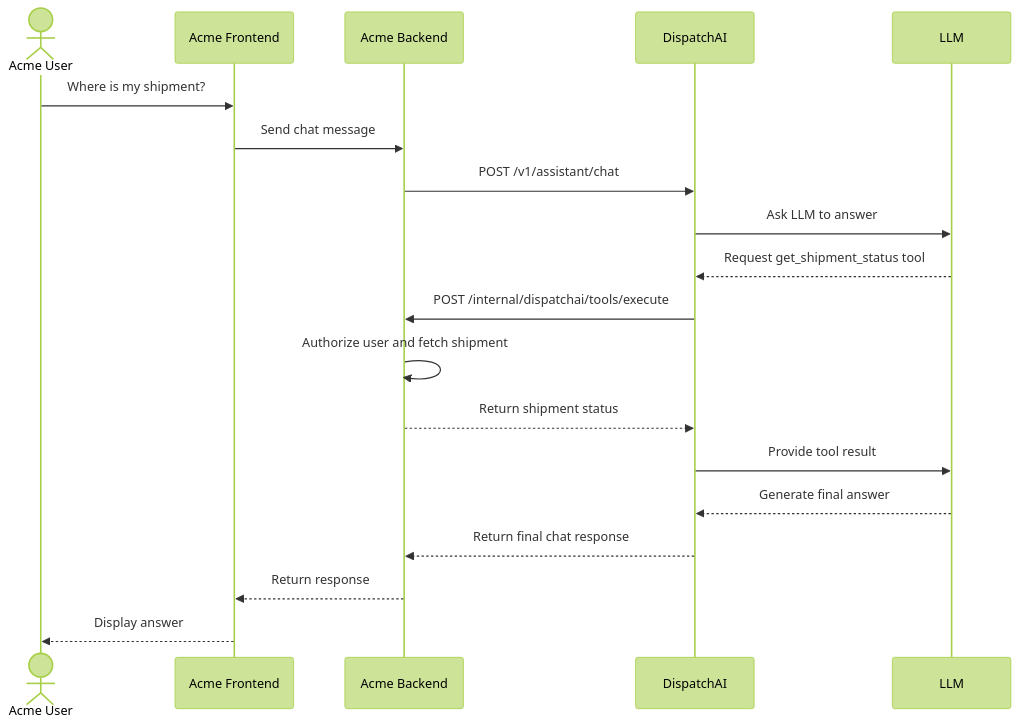
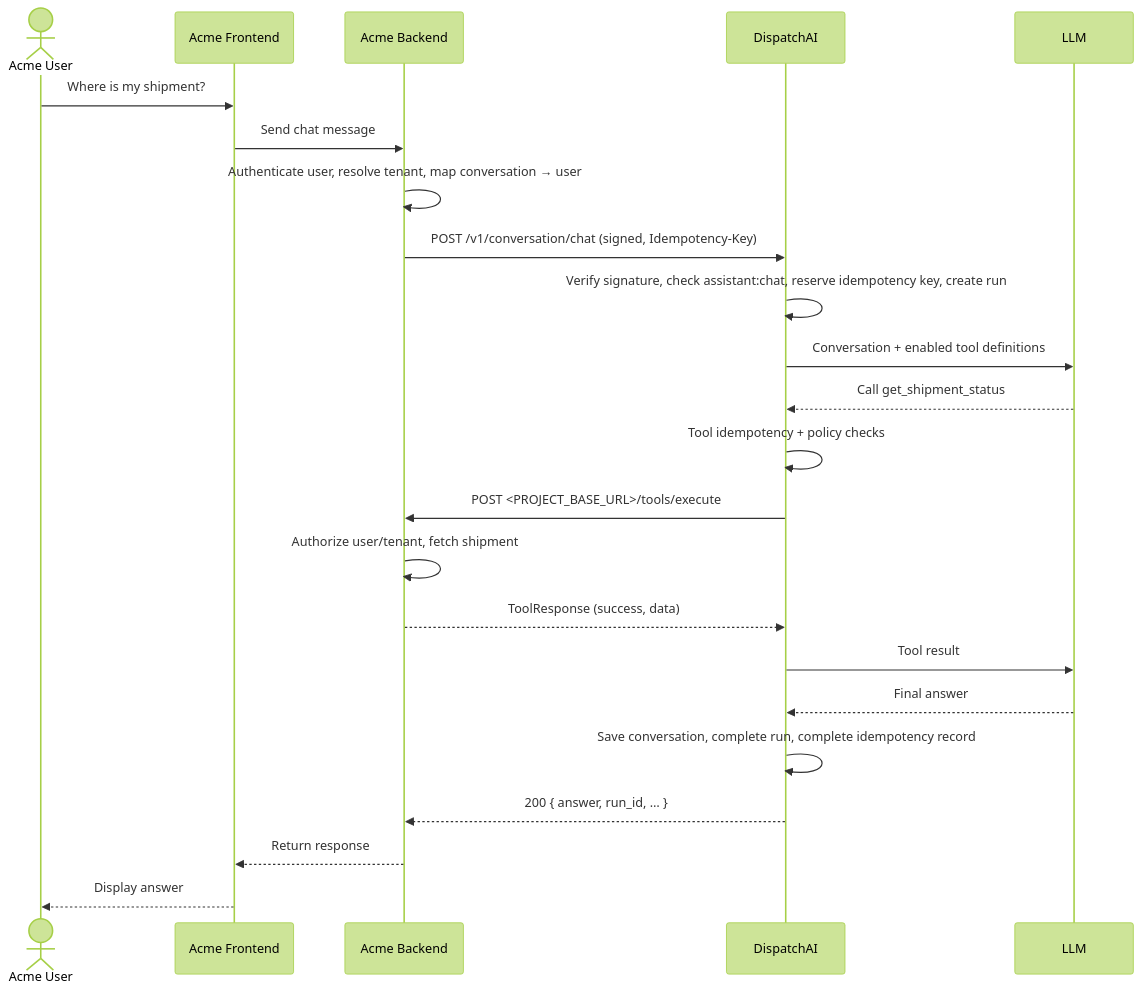
The diagram in README.md (MTariq99/dispatchai), drawn with Mermaid (forest theme) before and after one commit. The commit also changed other lines of this file and 1 other file, not shown here.

````diff
--- a/README.md
+++ b/README.md
@@ -110,22 +461,26 @@
 ```mermaid
 sequenceDiagram
     actor User as Acme User
     participant FE as Acme Frontend
     participant A as Acme Backend
     participant D as DispatchAI
     participant L as LLM
 
     User->>FE: Where is my shipment?
     FE->>A: Send chat message
-    A->>D: POST /v1/assistant/chat
-    D->>L: Ask LLM to answer
-    L-->>D: Request get_shipment_status tool
-    D->>A: POST /internal/dispatchai/tools/execute
-    A->>A: Authorize user and fetch shipment
-    A-->>D: Return shipment status
-    D->>L: Provide tool result
-    L-->>D: Generate final answer
-    D-->>A: Return final chat response
+    A->>A: Authenticate user, resolve tenant, map conversation → user
+    A->>D: POST /v1/conversation/chat (signed, Idempotency-Key)
+    D->>D: Verify signature, check assistant:chat, reserve idempotency key, create run
+    D->>L: Conversation + enabled tool definitions
+    L-->>D: Call get_shipment_status
+    D->>D: Tool idempotency + policy checks
+    D->>A: POST <PROJECT_BASE_URL>/tools/execute
+    A->>A: Authorize user/tenant, fetch shipment
+    A-->>D: ToolResponse (success, data)
+    D->>L: Tool result
+    L-->>D: Final answer
+    D->>D: Save conversation, complete run, complete idempotency record
+    D-->>A: 200 { answer, run_id, … }
     A-->>FE: Return response
     FE-->>User: Display answer
 ```
````
